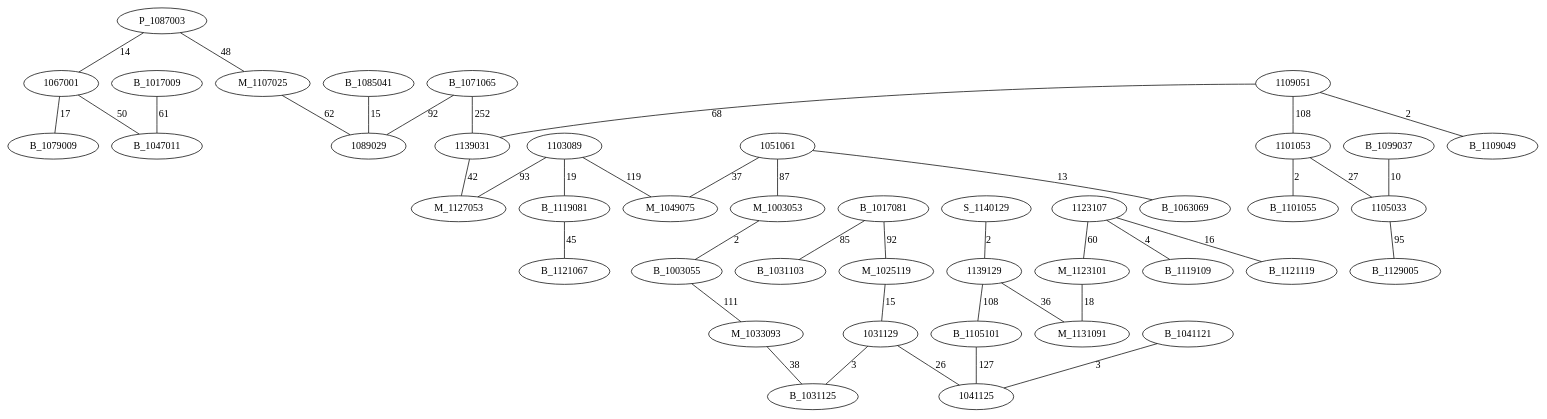
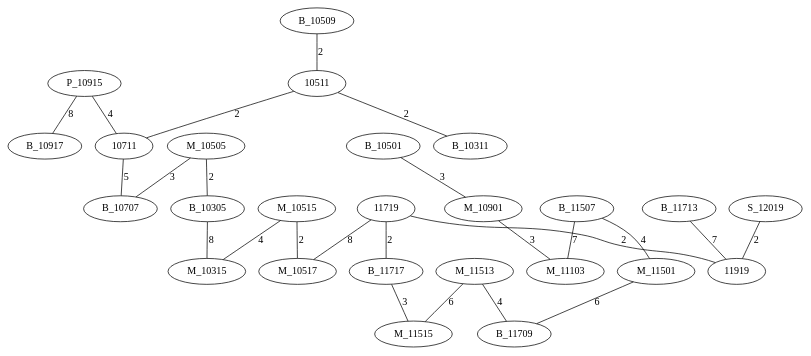
The diagram in Graph.dot (AsmNoob/Labyrinthe), drawn with Graphviz before and after one commit. The commit also changed 2 other files, not shown here.

```diff
--- a/Graph.dot
+++ b/Graph.dot
@@ -1,45 +1,28 @@
 graph chemin {
 
-	P_1087003 -- 1067001 [label=14]
-	P_1087003 -- M_1107025 [label=48]
-	1103089 -- B_1119081 [label=19]
-	1103089 -- M_1049075 [label=119]
-	1103089 -- M_1127053 [label=93]
-	B_1071065 -- 1089029 [label=92]
-	B_1071065 -- 1139031 [label=252]
-	1067001 -- B_1047011 [label=50]
-	1067001 -- B_1079009 [label=17]
-	1051061 -- M_1003053 [label=87]
-	1051061 -- B_1063069 [label=13]
-	1051061 -- M_1049075 [label=37]
-	S_1140129 -- 1139129 [label=2]
-	1109051 -- 1101053 [label=108]
-	1109051 -- B_1109049 [label=2]
-	1109051 -- 1139031 [label=68]
-	B_1017081 -- M_1025119 [label=92]
-	B_1017081 -- B_1031103 [label=85]
-	B_1017009 -- B_1047011 [label=61]
-	1123107 -- M_1123101 [label=60]
-	1123107 -- B_1119109 [label=4]
-	1123107 -- B_1121119 [label=16]
-	1139129 -- M_1131091 [label=36]
-	1139129 -- B_1105101 [label=108]
-	M_1123101 -- M_1131091 [label=18]
-	B_1119081 -- B_1121067 [label=45]
-	1139031 -- M_1127053 [label=42]
-	B_1085041 -- 1089029 [label=15]
-	B_1105101 -- 1041125 [label=127]
-	M_1025119 -- 1031129 [label=15]
-	M_1003053 -- B_1003055 [label=2]
-	B_1003055 -- M_1033093 [label=111]
-	1101053 -- B_1101055 [label=2]
-	1101053 -- 1105033 [label=27]
-	M_1107025 -- 1089029 [label=62]
-	M_1033093 -- B_1031125 [label=38]
-	B_1099037 -- 1105033 [label=10]
-	1105033 -- B_1129005 [label=95]
-	1031129 -- B_1031125 [label=3]
-	1031129 -- 1041125 [label=26]
-	B_1041121 -- 1041125 [label=3]
+	P_10915 -- B_10917 [label=8]
+	P_10915 -- 10711 [label=4]
+	11719 -- M_10517 [label=8]
+	11719 -- B_11717 [label=2]
+	11719 -- 11919 [label=2]
+	S_12019 -- 11919 [label=2]
+	B_11713 -- 11919 [label=7]
+	B_10501 -- M_10901 [label=3]
+	M_10505 -- B_10707 [label=3]
+	M_10505 -- B_10305 [label=2]
+	B_10509 -- 10511 [label=2]
+	10511 -- B_10311 [label=2]
+	10511 -- 10711 [label=2]
+	M_10515 -- M_10517 [label=2]
+	M_10515 -- M_10315 [label=4]
+	B_10305 -- M_10315 [label=8]
+	10711 -- B_10707 [label=5]
+	B_11717 -- M_11515 [label=3]
+	B_11507 -- M_11103 [label=7]
+	B_11507 -- M_11501 [label=4]
+	M_10901 -- M_11103 [label=3]
+	M_11513 -- M_11515 [label=6]
+	M_11513 -- B_11709 [label=4]
+	M_11501 -- B_11709 [label=6]
 
 }
```
